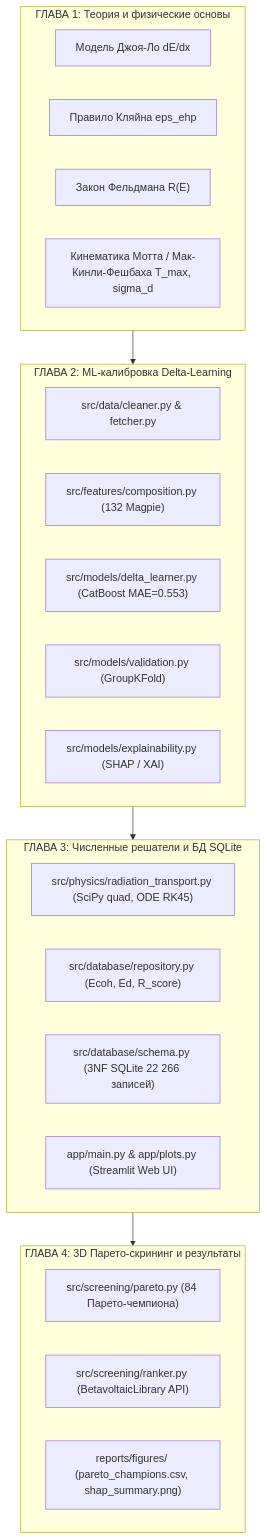
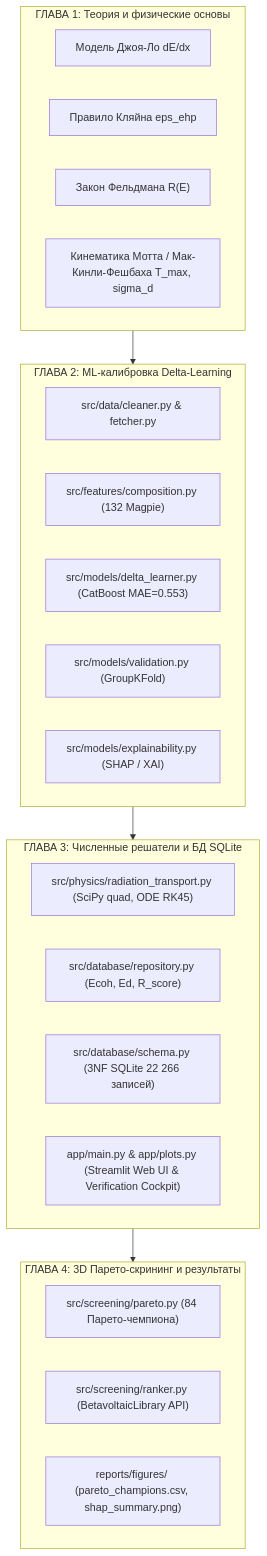
One commit to shashkovrv/betavolt-screening changed the diagram in docs/THESIS_OUTLINE.md. Above: the diagram before and after it, drawn with Mermaid. The commit also changed other lines of this file and 8 other files, not shown here.

Commit message:
feat(ui & verification): implement full verification cockpit in Streamlit Tab 4 with NIST benchmarks, live ODE solver and GOST citations

````diff
--- a/docs/THESIS_OUTLINE.md
+++ b/docs/THESIS_OUTLINE.md
@@ -28,34 +28,34 @@
 ```mermaid
 flowchart TD
     subgraph G1["ГЛАВА 1: Теория и физические основы"]
         M1["Модель Джоя-Ло dE/dx"]
         M2["Правило Кляйна eps_ehp"]
         M3["Закон Фельдмана R(E)"]
         M4["Кинематика Мотта / Мак-Кинли-Фешбаха T_max, sigma_d"]
     end
 
     subgraph G2["ГЛАВА 2: ML-калибровка Delta-Learning"]
         D1["src/data/cleaner.py & fetcher.py"]
         D2["src/features/composition.py (132 Magpie)"]
         D3["src/models/delta_learner.py (CatBoost MAE=0.553)"]
         D4["src/models/validation.py (GroupKFold)"]
         D5["src/models/explainability.py (SHAP / XAI)"]
     end
 
     subgraph G3["ГЛАВА 3: Численные решатели и БД SQLite"]
         P1["src/physics/radiation_transport.py (SciPy quad, ODE RK45)"]
         P2["src/database/repository.py (Ecoh, Ed, R_score)"]
         P3["src/database/schema.py (3NF SQLite 22 266 записей)"]
-        P4["app/main.py & app/plots.py (Streamlit Web UI)"]
+        P4["app/main.py & app/plots.py (Streamlit Web UI & Verification Cockpit)"]
     end
 
     subgraph G4["ГЛАВА 4: 3D Парето-скрининг и результаты"]
         S1["src/screening/pareto.py (84 Парето-чемпиона)"]
         S2["src/screening/ranker.py (BetavoltaicLibrary API)"]
         S3["reports/figures/ (pareto_champions.csv, shap_summary.png)"]
     end
 
     G1 --> G2
     G2 --> G3
     G3 --> G4
 ```
````
